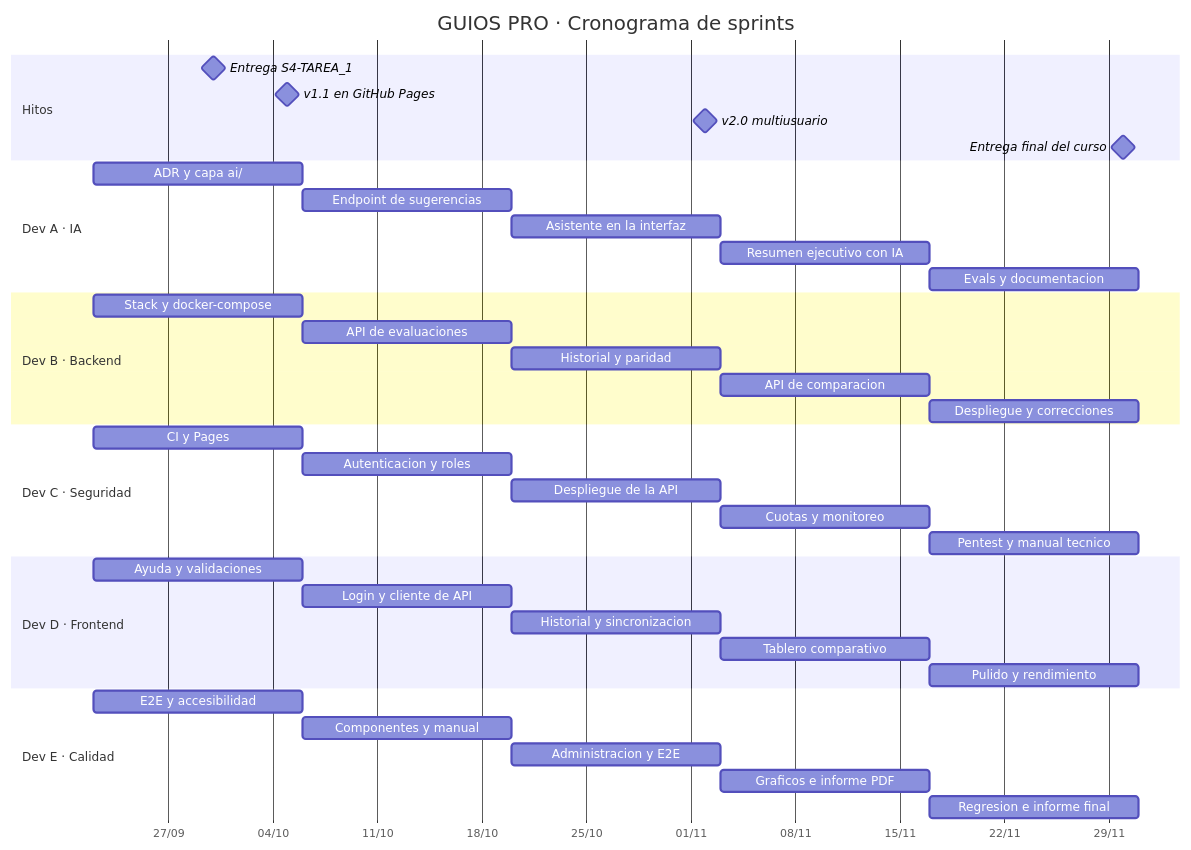
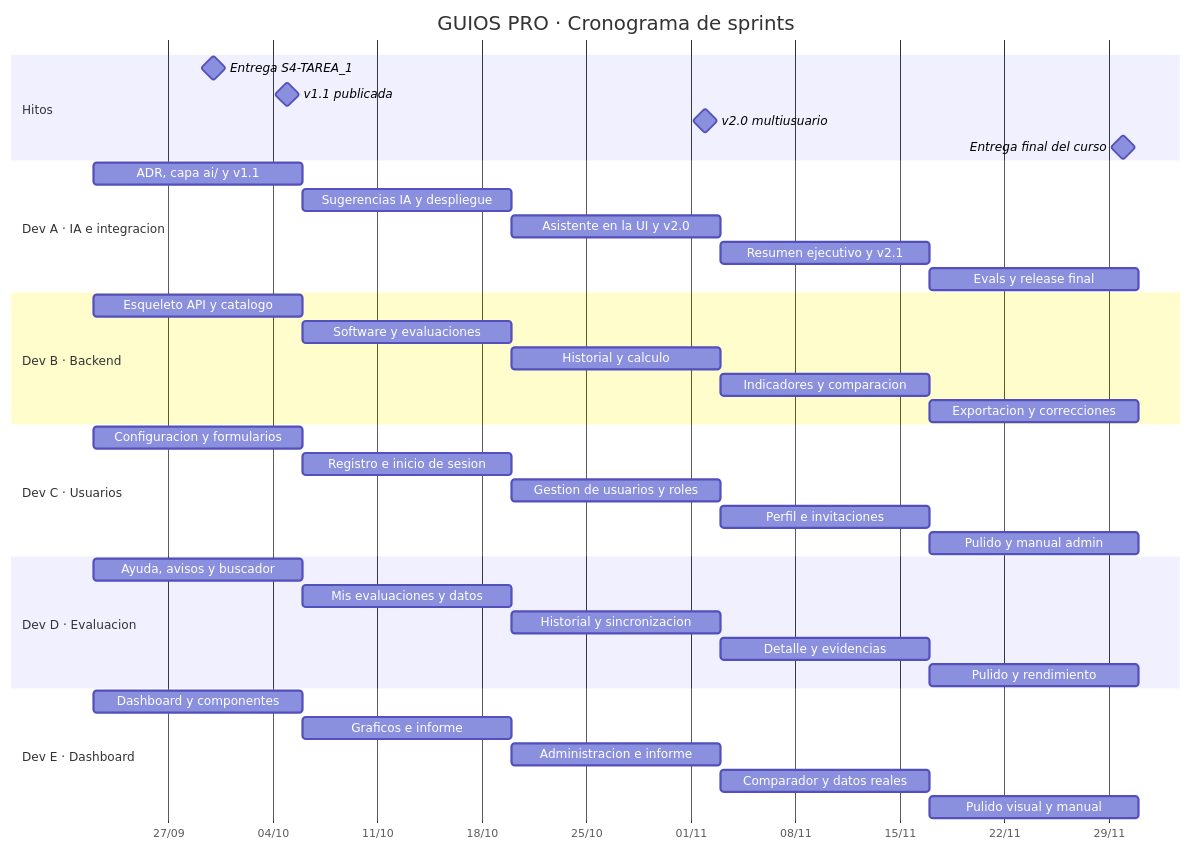
The diagram in docs/EQUIPO-Y-CRONOGRAMA.md (FredBrave/Procesos-Tesis-Sistema-CP), drawn with Mermaid before and after one commit. The commit also changed other lines of this file and 4 other files, not shown here.

````diff
--- a/docs/EQUIPO-Y-CRONOGRAMA.md
+++ b/docs/EQUIPO-Y-CRONOGRAMA.md
@@ -83,41 +98,41 @@
 ```mermaid
 gantt
     title GUIOS PRO · Cronograma de sprints
     dateFormat YYYY-MM-DD
     axisFormat %d/%m
     section Hitos
     Entrega S4-TAREA_1        :milestone, m1, 2026-09-30, 0d
-    v1.1 en GitHub Pages      :milestone, m2, 2026-10-05, 0d
+    v1.1 publicada            :milestone, m2, 2026-10-05, 0d
     v2.0 multiusuario         :milestone, m3, 2026-11-02, 0d
     Entrega final del curso   :milestone, m4, 2026-11-30, 0d
-    section Dev A · IA
-    ADR y capa ai/            :a1, 2026-09-22, 14d
-    Endpoint de sugerencias   :a2, 2026-10-06, 14d
-    Asistente en la interfaz  :a3, 2026-10-20, 14d
-    Resumen ejecutivo con IA  :a4, 2026-11-03, 14d
-    Evals y documentacion     :a5, 2026-11-17, 14d
+    section Dev A · IA e integracion
+    ADR, capa ai/ y v1.1      :a1, 2026-09-22, 14d
+    Sugerencias IA y despliegue:a2, 2026-10-06, 14d
+    Asistente en la UI y v2.0 :a3, 2026-10-20, 14d
+    Resumen ejecutivo y v2.1  :a4, 2026-11-03, 14d
+    Evals y release final     :a5, 2026-11-17, 14d
     section Dev B · Backend
-    Stack y docker-compose    :b1, 2026-09-22, 14d
-    API de evaluaciones       :b2, 2026-10-06, 14d
-    Historial y paridad       :b3, 2026-10-20, 14d
-    API de comparacion        :b4, 2026-11-03, 14d
-    Despliegue y correcciones :b5, 2026-11-17, 14d
-    section Dev C · Seguridad
-    CI y Pages                :c1, 2026-09-22, 14d
-    Autenticacion y roles     :c2, 2026-10-06, 14d
-    Despliegue de la API      :c3, 2026-10-20, 14d
-    Cuotas y monitoreo        :c4, 2026-11-03, 14d
-    Pentest y manual tecnico  :c5, 2026-11-17, 14d
-    section Dev D · Frontend
-    Ayuda y validaciones      :d1, 2026-09-22, 14d
-    Login y cliente de API    :d2, 2026-10-06, 14d
+    Esqueleto API y catalogo  :b1, 2026-09-22, 14d
+    Software y evaluaciones   :b2, 2026-10-06, 14d
+    Historial y calculo       :b3, 2026-10-20, 14d
+    Indicadores y comparacion :b4, 2026-11-03, 14d
+    Exportacion y correcciones:b5, 2026-11-17, 14d
+    section Dev C · Usuarios
+    Configuracion y formularios:c1, 2026-09-22, 14d
+    Registro e inicio de sesion:c2, 2026-10-06, 14d
+    Gestion de usuarios y roles:c3, 2026-10-20, 14d
+    Perfil e invitaciones     :c4, 2026-11-03, 14d
+    Pulido y manual admin     :c5, 2026-11-17, 14d
+    section Dev D · Evaluacion
+    Ayuda, avisos y buscador  :d1, 2026-09-22, 14d
+    Mis evaluaciones y datos  :d2, 2026-10-06, 14d
     Historial y sincronizacion:d3, 2026-10-20, 14d
-    Tablero comparativo       :d4, 2026-11-03, 14d
+    Detalle y evidencias      :d4, 2026-11-03, 14d
     Pulido y rendimiento      :d5, 2026-11-17, 14d
-    section Dev E · Calidad
-    E2E y accesibilidad       :e1, 2026-09-22, 14d
-    Componentes y manual      :e2, 2026-10-06, 14d
-    Administracion y E2E      :e3, 2026-10-20, 14d
-    Graficos e informe PDF    :e4, 2026-11-03, 14d
-    Regresion e informe final :e5, 2026-11-17, 14d
+    section Dev E · Dashboard
+    Dashboard y componentes   :e1, 2026-09-22, 14d
+    Graficos e informe        :e2, 2026-10-06, 14d
+    Administracion e informe  :e3, 2026-10-20, 14d
+    Comparador y datos reales :e4, 2026-11-03, 14d
+    Pulido visual y manual    :e5, 2026-11-17, 14d
 ```
````
